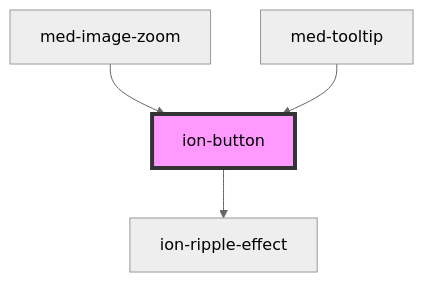
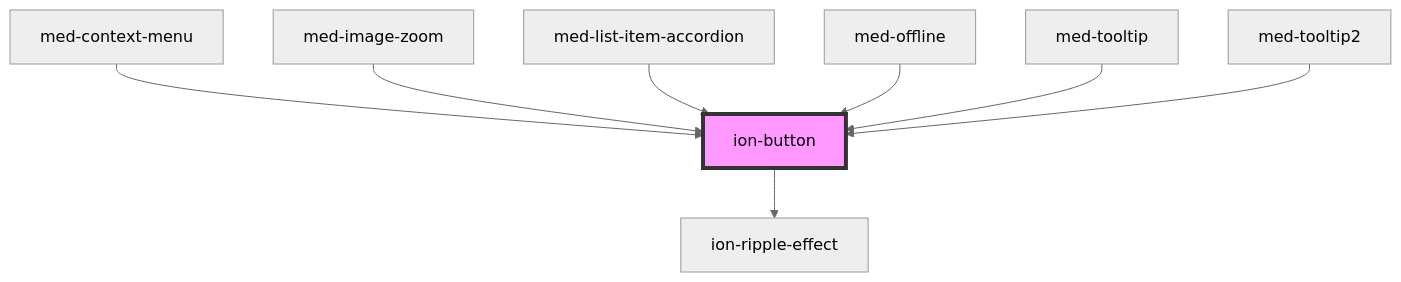
The diagram in core/src/components/button/readme.md (ionic-team/ionic-framework), drawn with Mermaid (neutral theme) before and after one commit. The commit also changed other lines of this file and 676 other files, not shown here.

````diff
--- a/core/src/components/button/readme.md
+++ b/core/src/components/button/readme.md
@@ -380,7 +384,11 @@
 ```mermaid
 graph TD;
   ion-button --> ion-ripple-effect
+  med-context-menu --> ion-button
   med-image-zoom --> ion-button
+  med-list-item-accordion --> ion-button
+  med-offline --> ion-button
   med-tooltip --> ion-button
+  med-tooltip2 --> ion-button
   style ion-button fill:#f9f,stroke:#333,stroke-width:4px
 ```
````
